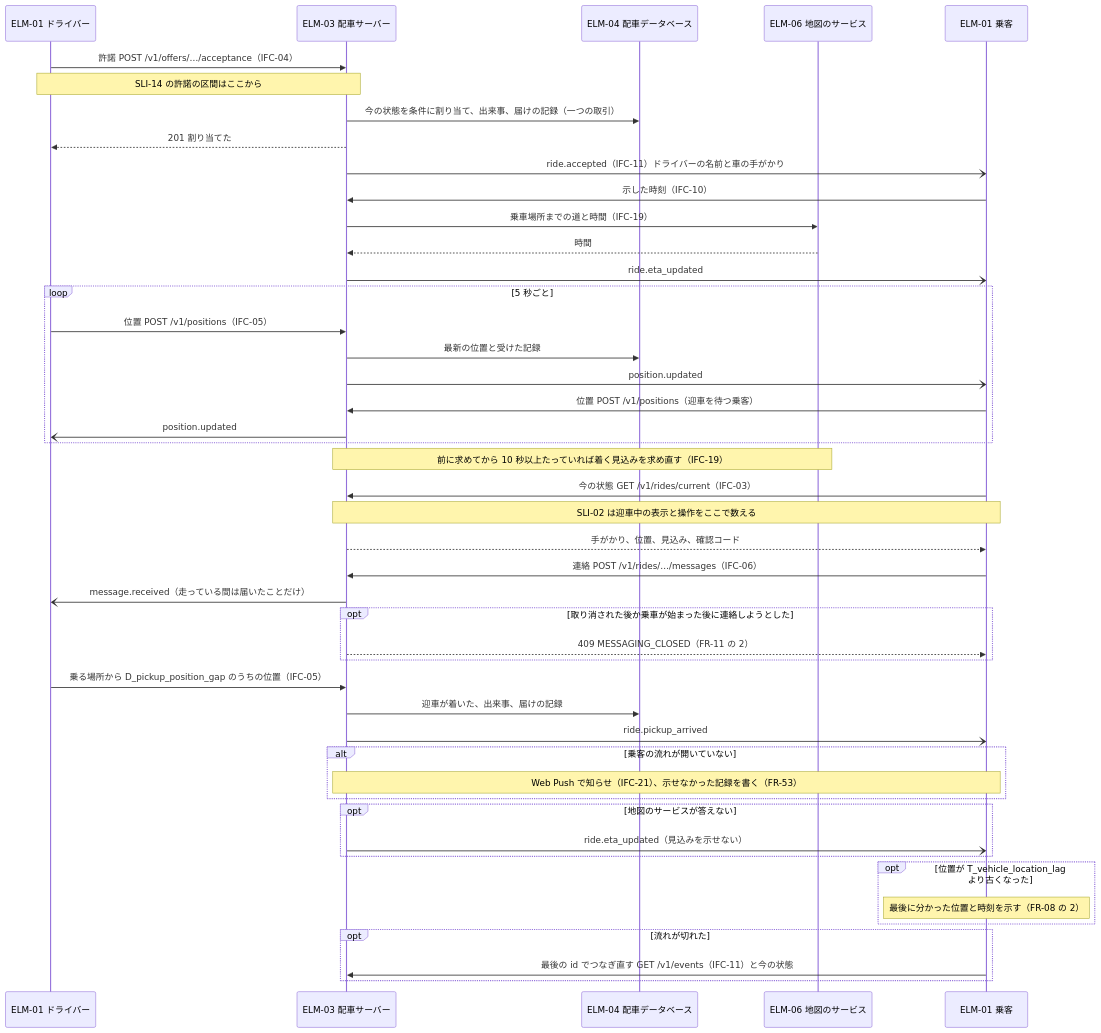
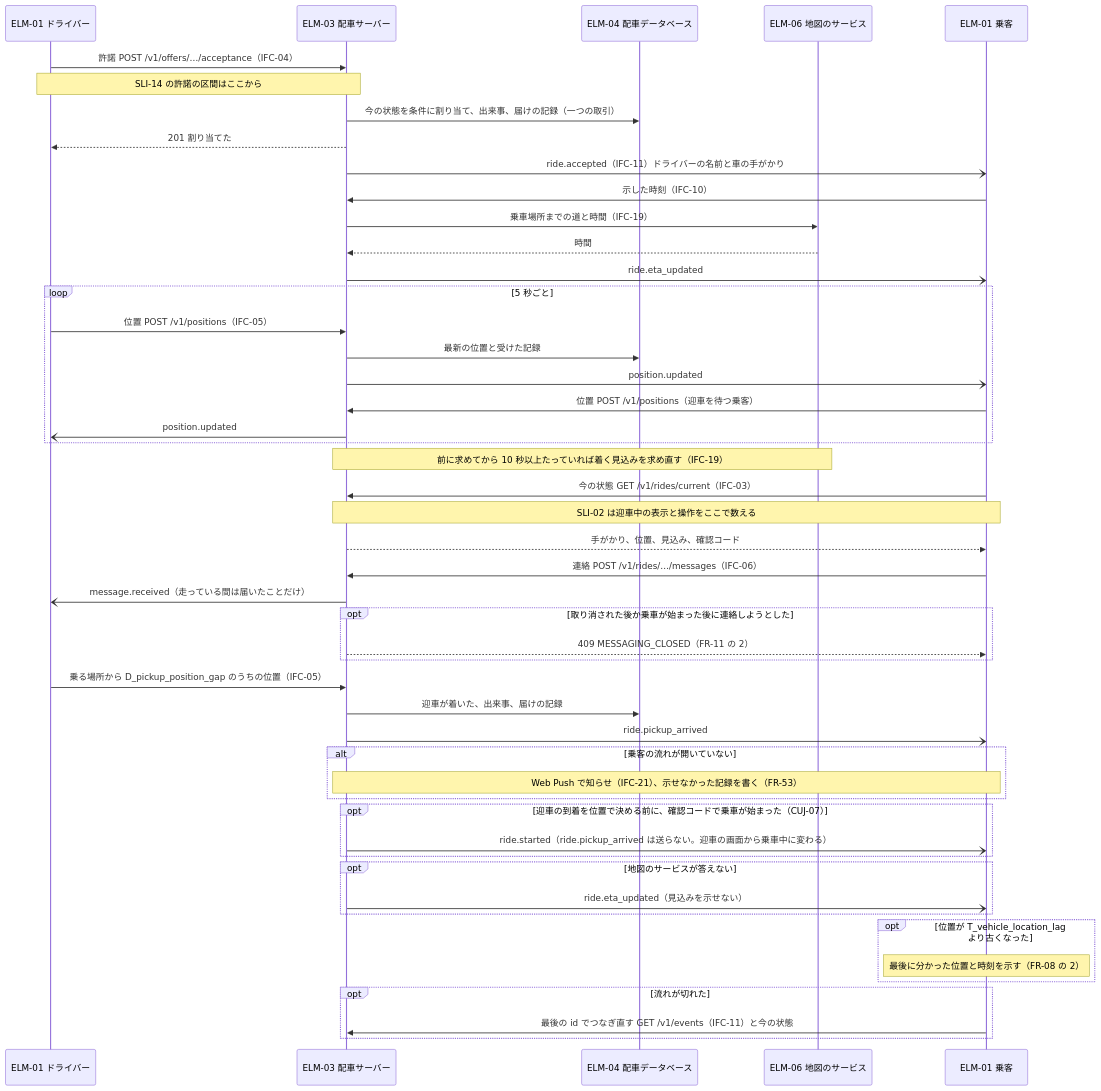
The fourth of 57 diagrams in docs/design/3-high-level-design.md (Taro000/ride-hailing-app-demo), drawn with Mermaid before and after one commit. The commit also changed other lines of this file and 23 other files, not shown here.

````diff
--- a/docs/design/3-high-level-design.md
+++ b/docs/design/3-high-level-design.md
@@ -279,48 +282,51 @@
 ```mermaid
 sequenceDiagram
   participant D as ELM-01 ドライバー
   participant S as ELM-03 配車サーバー
   participant DB as ELM-04 配車データベース
   participant M as ELM-06 地図のサービス
   participant P as ELM-01 乗客
   D->>S: 許諾 POST /v1/offers/…/acceptance（IFC-04）
   Note over D,S: SLI-14 の許諾の区間はここから
   S->>DB: 今の状態を条件に割り当て、出来事、届けの記録（一つの取引）
   S-->>D: 201 割り当てた
   S-)P: ride.accepted（IFC-11）ドライバーの名前と車の手がかり
   P->>S: 示した時刻（IFC-10）
   S->>M: 乗車場所までの道と時間（IFC-19）
   M-->>S: 時間
   S-)P: ride.eta_updated
   loop 5 秒ごと
     D->>S: 位置 POST /v1/positions（IFC-05）
     S->>DB: 最新の位置と受けた記録
     S-)P: position.updated
     P->>S: 位置 POST /v1/positions（迎車を待つ乗客）
     S-)D: position.updated
   end
   Note over S,M: 前に求めてから 10 秒以上たっていれば着く見込みを求め直す（IFC-19）
   P->>S: 今の状態 GET /v1/rides/current（IFC-03）
   Note over P,S: SLI-02 は迎車中の表示と操作をここで数える
   S-->>P: 手がかり、位置、見込み、確認コード
   P->>S: 連絡 POST /v1/rides/…/messages（IFC-06）
   S-)D: message.received（走っている間は届いたことだけ）
   opt 取り消された後か乗車が始まった後に連絡しようとした
     S-->>P: 409 MESSAGING_CLOSED（FR-11 の 2）
   end
   D->>S: 乗る場所から D_pickup_position_gap のうちの位置（IFC-05）
   S->>DB: 迎車が着いた、出来事、届けの記録
   S-)P: ride.pickup_arrived
   alt 乗客の流れが開いていない
     Note over S,P: Web Push で知らせ（IFC-21）、示せなかった記録を書く（FR-53）
   end
+  opt 迎車の到着を位置で決める前に、確認コードで乗車が始まった（CUJ-07）
+    S-)P: ride.started（ride.pickup_arrived は送らない。迎車の画面から乗車中に変わる）
+  end
   opt 地図のサービスが答えない
     S-)P: ride.eta_updated（見込みを示せない）
   end
   opt 位置が T_vehicle_location_lag より古くなった
     Note over P: 最後に分かった位置と時刻を示す（FR-08 の 2）
   end
   opt 流れが切れた
     P->>S: 最後の id でつなぎ直す GET /v1/events（IFC-11）と今の状態
   end
 ```
````
